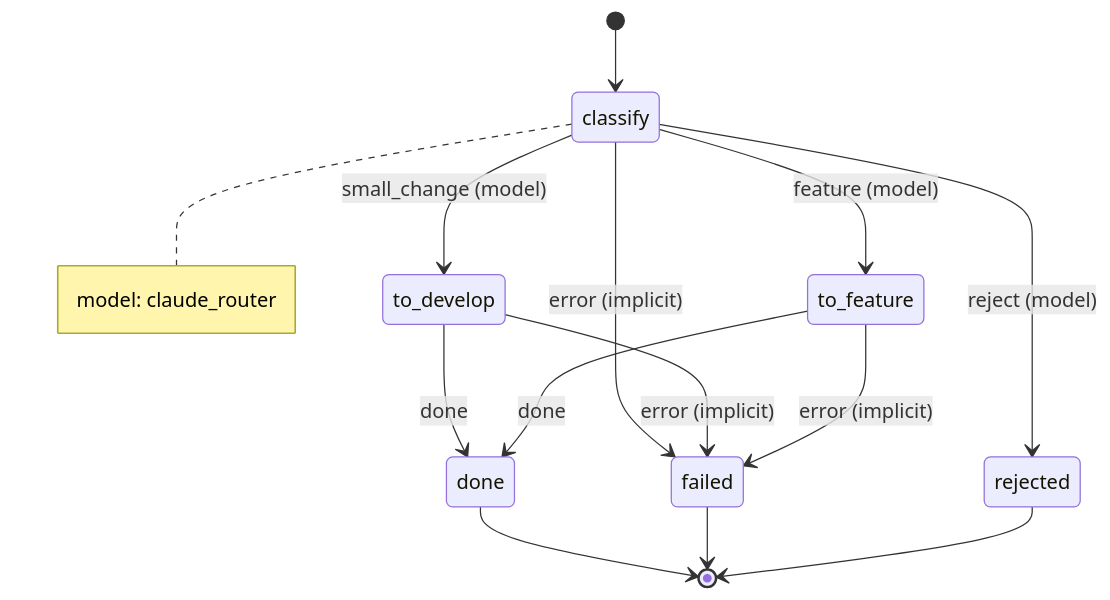
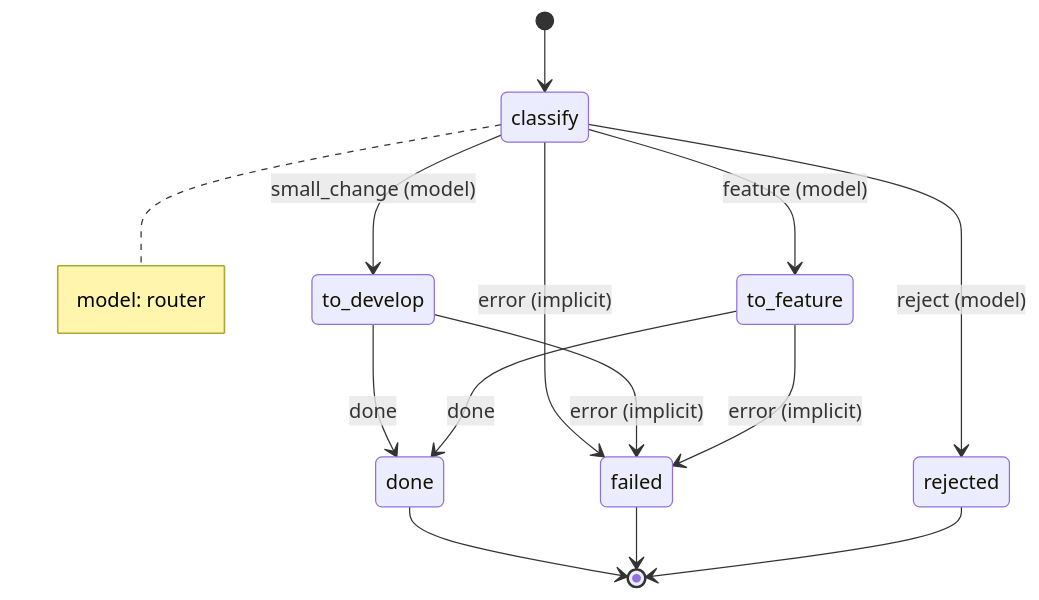
One commit to jtmckay/decree changed the diagram in mock/.decree/graph/triage.md. Above: the diagram before and after it, drawn with Mermaid. The commit also changed 46 other files, not shown here.

````diff
--- a/mock/.decree/graph/triage.md
+++ b/mock/.decree/graph/triage.md
@@ -7,18 +7,18 @@
 ```mermaid
 stateDiagram-v2
     [*] --> classify
     classify --> failed: error (implicit)
     classify --> to_feature: feature (model)
     classify --> rejected: reject (model)
     classify --> to_develop: small_change (model)
     to_develop --> done: done
     to_develop --> failed: error (implicit)
     to_feature --> done: done
     to_feature --> failed: error (implicit)
     done --> [*]
     failed --> [*]
     rejected --> [*]
     note right of classify
-        model: claude_router
+        model: router
     end note
 ```
````
